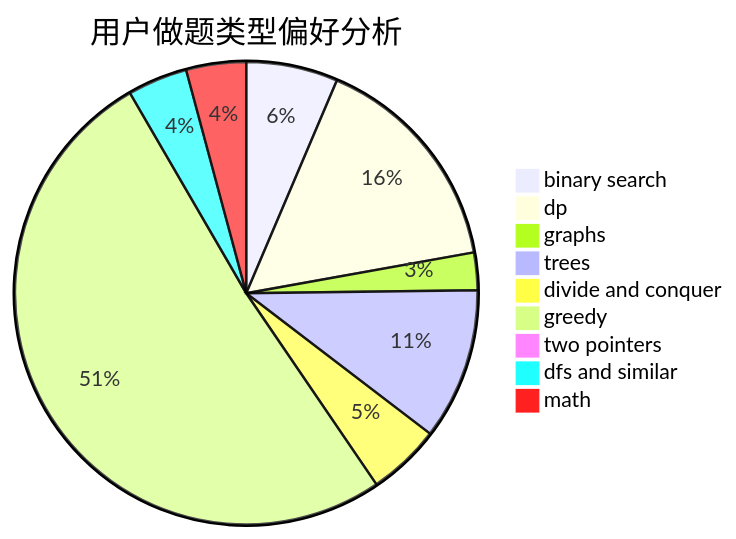
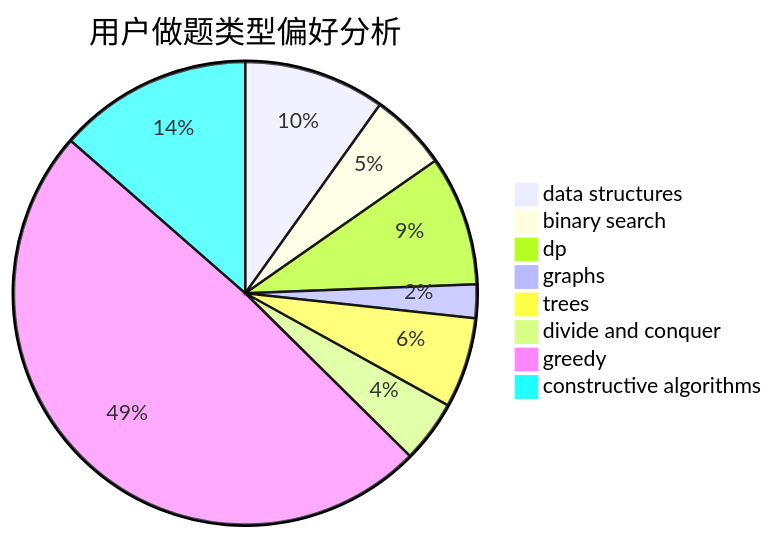
One commit to sherpahu/cfrs.github.io changed the second of 3 diagrams in docs/user/u134.md. Above: the diagram before and after it, drawn with Mermaid. The commit also changed other lines of this file and 2775 other files, not shown here.

````diff
--- a/docs/user/u134.md
+++ b/docs/user/u134.md
@@ -23,12 +23,11 @@
 ```mermaid
 pie title 用户做题类型偏好分析
-    "binary search" :  98
-    "dp" :  241
-    "graphs" :  40
-    "trees" :  162
-    "divide and conquer" :  78
-    "greedy" :  782
-    "two pointers" :  7
-    "dfs and similar" :  64
-    "math" :  64
+    "data structures" :  147
+    "binary search" :  81
+    "dp" :  135
+    "graphs" :  35
+    "trees" :  94
+    "divide and conquer" :  65
+    "greedy" :  730
+    "constructive algorithms" :  202
 ```
````
